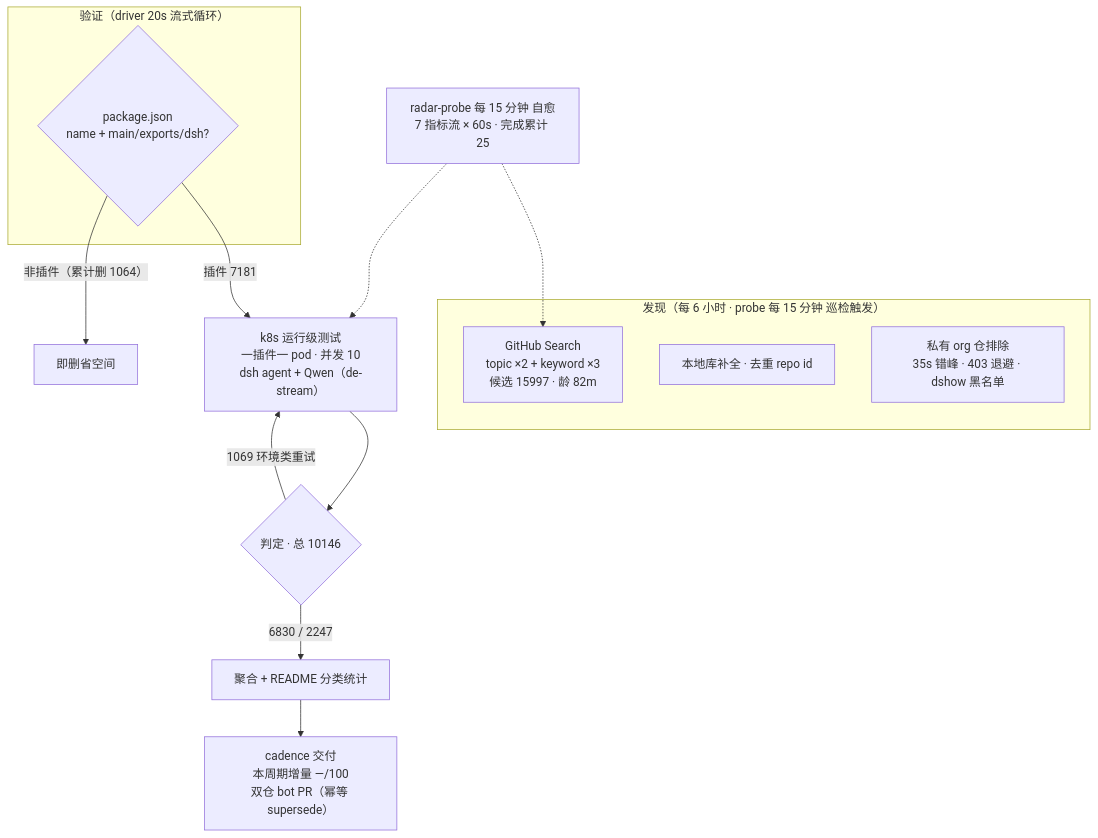
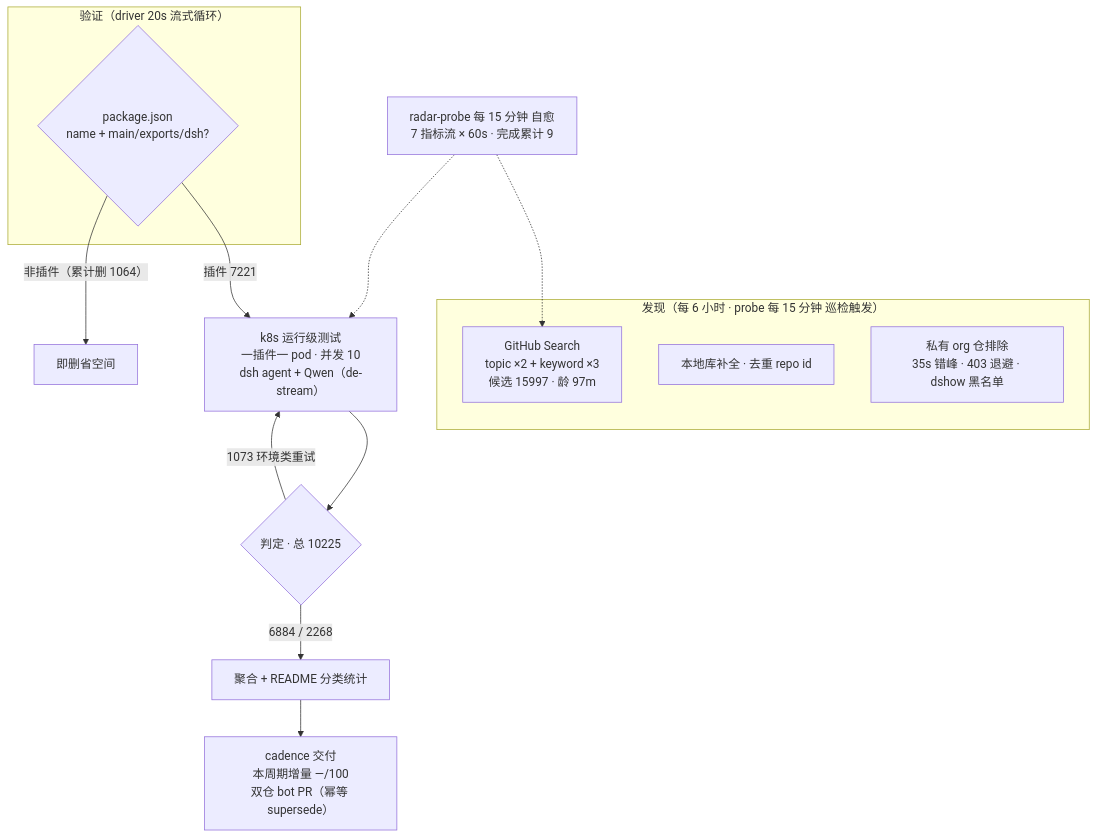
One commit to Zhidao-Lab-OSS/awesome-dsh-plugins changed the diagram in README.md. Above: the diagram before and after it, drawn with Mermaid. The commit also changed other lines of this file and 1 other file, not shown here.

````diff
--- a/README.md
+++ b/README.md
@@ -37,20 +37,20 @@
 ```mermaid
 flowchart TB
     subgraph Discovery["发现（每 6 小时 · probe 每 15 分钟 巡检触发）"]
-        A1["GitHub Search<br/>topic ×2 + keyword ×3<br/>候选 15997 · 龄 82m"]
+        A1["GitHub Search<br/>topic ×2 + keyword ×3<br/>候选 15997 · 龄 97m"]
         A2["本地库补全 · 去重 repo id"]
         A3["私有 org 仓排除<br/>35s 错峰 · 403 退避 · dshow 黑名单"]
     end
     subgraph Validation["验证（driver 20s 流式循环）"]
         B1{"package.json<br/>name + main/exports/dsh?"}
     end
-    B1 -->|"插件 7181"| C1["k8s 运行级测试<br/>一插件一 pod · 并发 10<br/>dsh agent + Qwen（de-stream）"]
+    B1 -->|"插件 7221"| C1["k8s 运行级测试<br/>一插件一 pod · 并发 10<br/>dsh agent + Qwen（de-stream）"]
     B1 -->|"非插件（累计删 1064）"| B3["即删省空间"]
-    C1 --> D1{"判定 · 总 10146"}
-    D1 -->|"6830 / 2247"| E1["聚合 + README 分类统计"]
-    D1 -->|"1069 环境类重试"| C1
+    C1 --> D1{"判定 · 总 10225"}
+    D1 -->|"6884 / 2268"| E1["聚合 + README 分类统计"]
+    D1 -->|"1073 环境类重试"| C1
     E1 --> E2["cadence 交付<br/>本周期增量 —/100<br/>双仓 bot PR（幂等 supersede）"]
-    M["radar-probe 每 15 分钟 自愈<br/>7 指标流 × 60s · 完成累计 25"]
+    M["radar-probe 每 15 分钟 自愈<br/>7 指标流 × 60s · 完成累计 9"]
     M -.-> A1
     M -.-> C1
 ```
````
